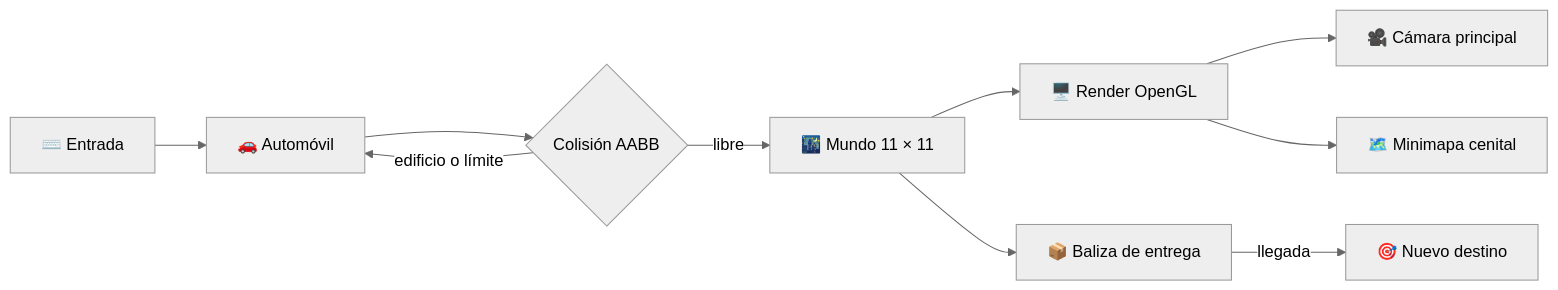
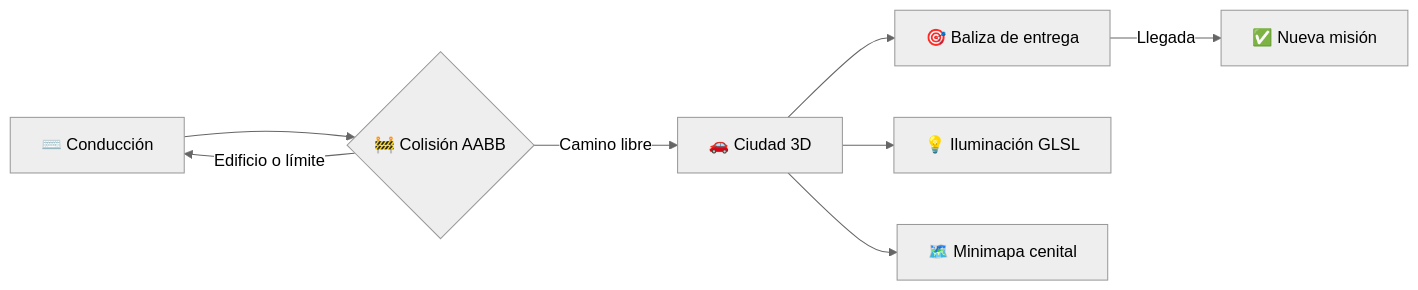
The diagram in README.md (alecaballero17/ciudad-interactiva-opengl), drawn with Mermaid (neutral theme) before and after one commit. The commit also changed other lines of this file and 1 other file, not shown here.

````diff
--- a/README.md
+++ b/README.md
@@ -22,12 +37,10 @@
 ```mermaid
 flowchart LR
-    I[⌨️ Entrada] --> A[🚗 Automóvil]
-    A --> C{Colisión AABB}
-    C -->|libre| M[🌃 Mundo 11 × 11]
-    C -->|edificio o límite| A
-    M --> R[🖥️ Render OpenGL]
-    R --> V[🎥 Cámara principal]
-    R --> P[🗺️ Minimapa cenital]
-    M --> D[📦 Baliza de entrega]
-    D -->|llegada| N[🎯 Nuevo destino]
+    A[⌨️ Conducción] --> B{🚧 Colisión AABB}
+    B -->|Camino libre| C[🚗 Ciudad 3D]
+    B -->|Edificio o límite| A
+    C --> D[🎯 Baliza de entrega]
+    D -->|Llegada| E[✅ Nueva misión]
+    C --> F[💡 Iluminación GLSL]
+    C --> G[🗺️ Minimapa cenital]
 ```
````
